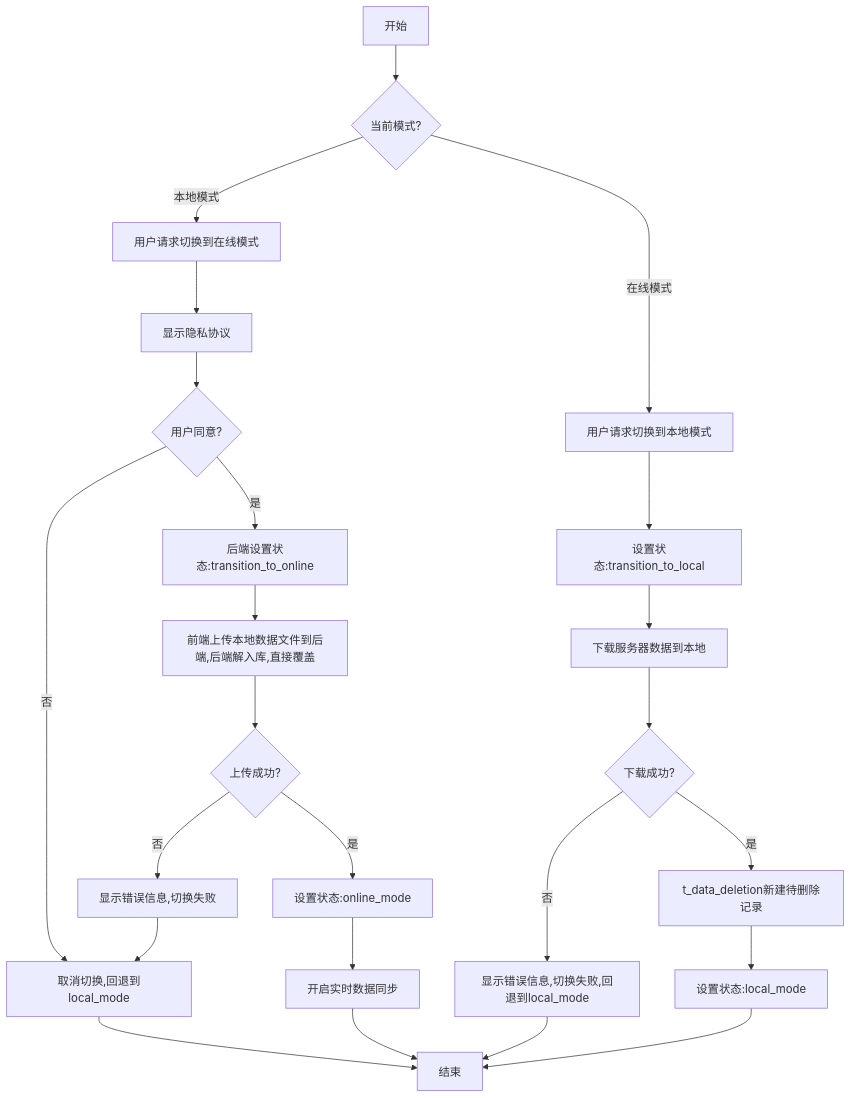
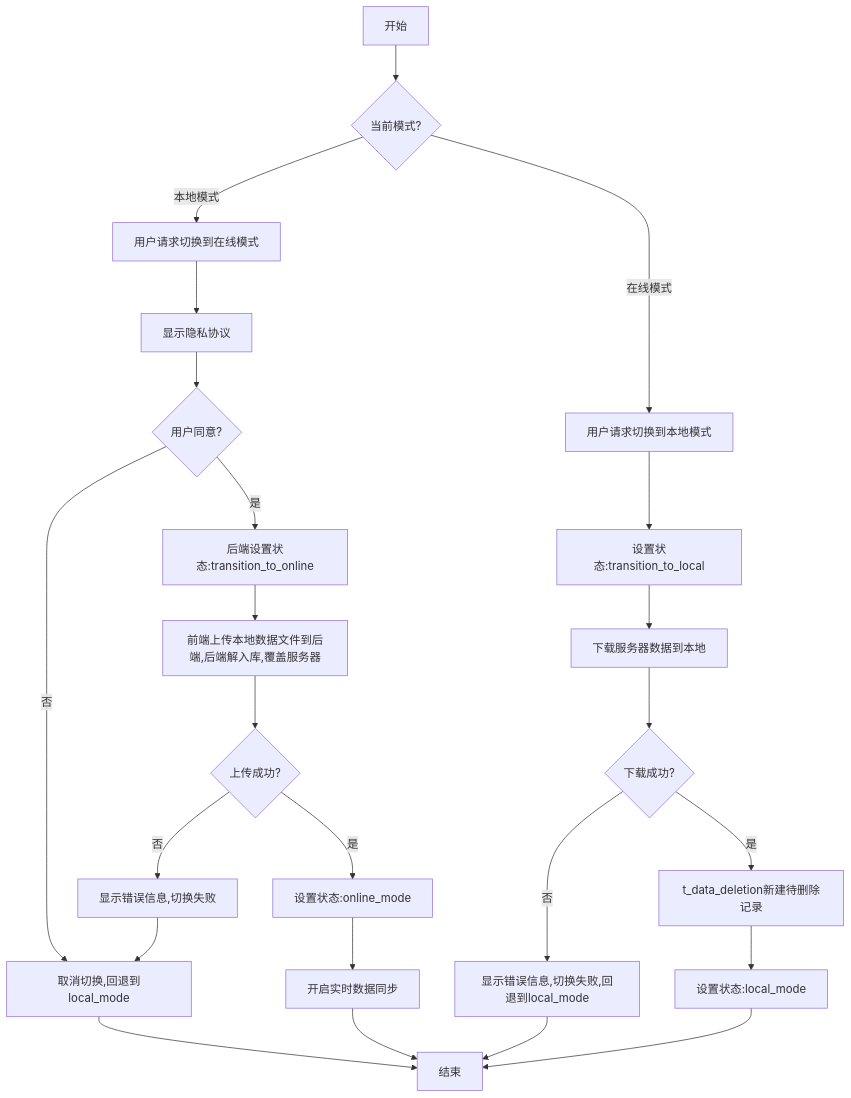
The diagram in all/未命名-58.md (yingjianzh/iodraw-files), drawn with Mermaid before and after one commit.

Commit message:
2025-05-14 09:37:54 update

````diff
--- a/all/未命名-58.md
+++ b/all/未命名-58.md
@@ -1,33 +1,33 @@
 ```mermaid
 
 flowchart TD
     A[开始] --> B{当前模式?}
     
     B -->|本地模式| C[用户请求切换到在线模式]
     C --> F[显示隐私协议]
     F --> G{用户同意?}
     G -->|否| H[取消切换,回退到local_mode]
     H --> Z[结束]
     G -->|是| I[后端设置状态:transition_to_online]
-    I --> O[前端上传本地数据文件到后端,后端解入库,直接覆盖]
+    I --> O[前端上传本地数据文件到后端,后端解入库,覆盖服务器]
     O --> P{上传成功?}
     P -->|否| Q[显示错误信息,切换失败]
     Q --> H
     P -->|是| R[设置状态:online_mode]
     R --> S[开启实时数据同步]
     S --> Z
     
     B -->|在线模式| T[用户请求切换到本地模式]
     T --> U[设置状态:transition_to_local]
     U --> X[下载服务器数据到本地]
     X --> Y{下载成功?}
     Y -->|否| AA2[显示错误信息,切换失败,回退到local_mode]
     AA2 --> Z
     Y -->|是| AB2[t_data_deletion新建待删除记录]
 
 
 
     AB2 -->AE[设置状态:local_mode]
     AE --> Z
 
 ```
````
